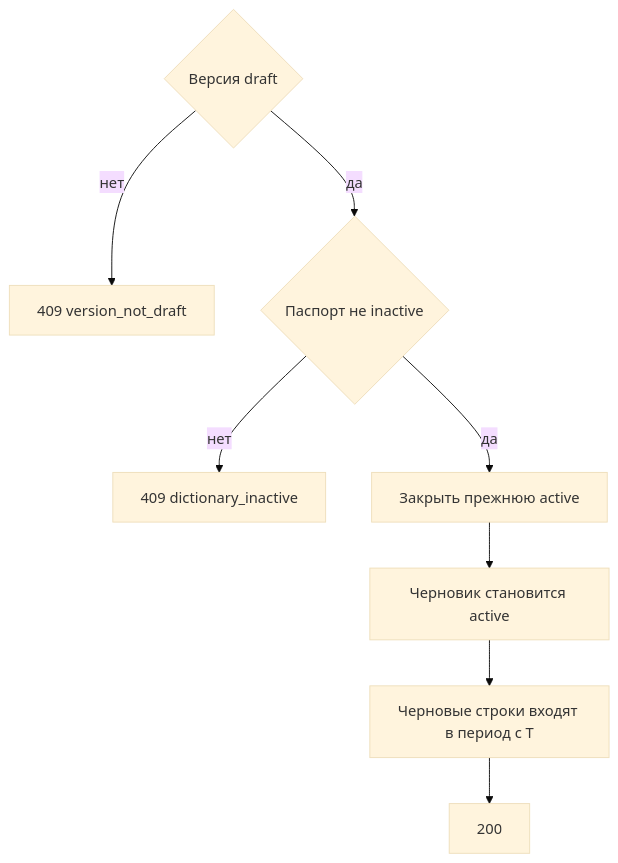
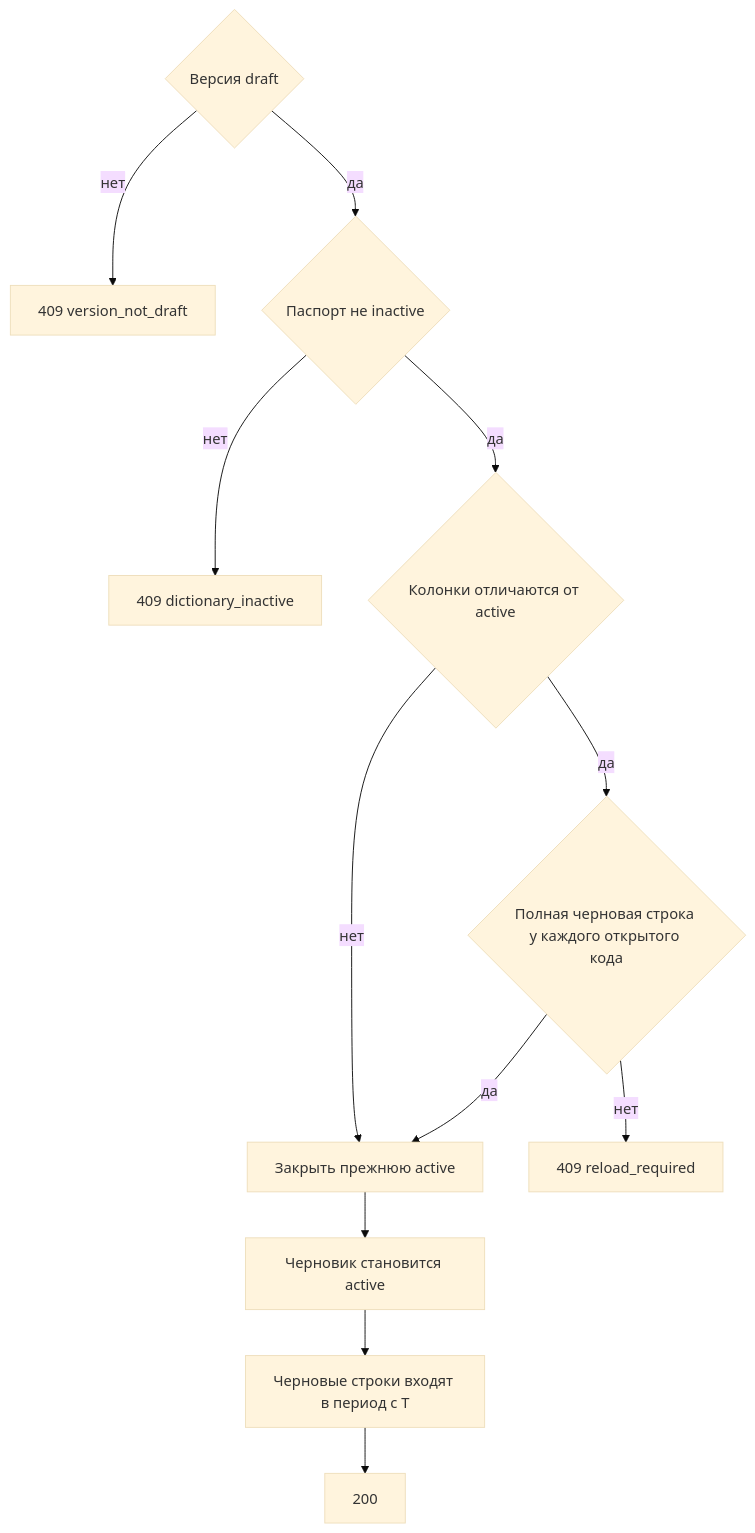
One commit to StrannikE95/reference_data changed the diagram in docs/1. functional/specification/v2 - 1 таблица/api/management.api/MetadataController/post_publish.md. Above: the diagram before and after it, drawn with Mermaid (base theme). The commit also changed other lines of this file and 10 other files, not shown here.

````diff
--- a/docs/1. functional/specification/v2 - 1 таблица/api/management.api/MetadataController/post_publish.md
+++ b/docs/1. functional/specification/v2 - 1 таблица/api/management.api/MetadataController/post_publish.md
@@ -62,10 +68,14 @@
 ```mermaid
 flowchart TD
   draft{"Версия draft"} -->|нет| bad["409 version_not_draft"]
   draft -->|да| live{"Паспорт не inactive"}
   live -->|нет| off["409 dictionary_inactive"]
-  live -->|да| close["Закрыть прежнюю active"]
+  live -->|да| diff{"Колонки отличаются от active"}
+  diff -->|да| ready{"Полная черновая строка у каждого открытого кода"}
+  diff -->|нет| close["Закрыть прежнюю active"]
+  ready -->|нет| reload["409 reload_required"]
+  ready -->|да| close
   close --> pub["Черновик становится active"]
   pub --> rows["Черновые строки входят в период с T"]
   rows --> ok["200"]
 ```
````
